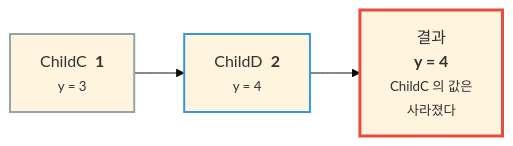
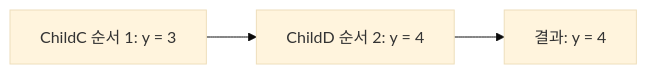
The third of 3 diagrams in _posts/2026-07-14-06-parallel-and-events.md (genie4youu/genie4youu.github.io), drawn with Mermaid (base theme) before and after one commit. The commit also changed other lines of this file and 13 other files, not shown here.

First line of the commit message:
﻿전면 손질: 제목 변경, AI 티 나는 표현 제거, 다이어그램 재작성

````diff
--- a/_posts/2026-07-14-06-parallel-and-events.md
+++ b/_posts/2026-07-14-06-parallel-and-events.md
@@ -143,8 +90,5 @@
 ```mermaid
 flowchart LR
-    A["ChildC &nbsp;<b>1</b><br/><small>y = 3</small>"] --> B["ChildD &nbsp;<b>2</b><br/><small>y = 4</small>"] --> R["결과<br/><b>y = 4</b><br/><small>ChildC 의 값은<br/>사라졌다</small>"]
-
-    style A stroke:#95a5a6,stroke-width:2px
-    style B stroke:#3498db,stroke-width:2px
-    style R stroke:#e74c3c,stroke-width:3px
+    A["ChildC 순서 1: y = 3"] --> B["ChildD 순서 2: y = 4"]
+    B --> R["결과: y = 4"]
 ```
````
